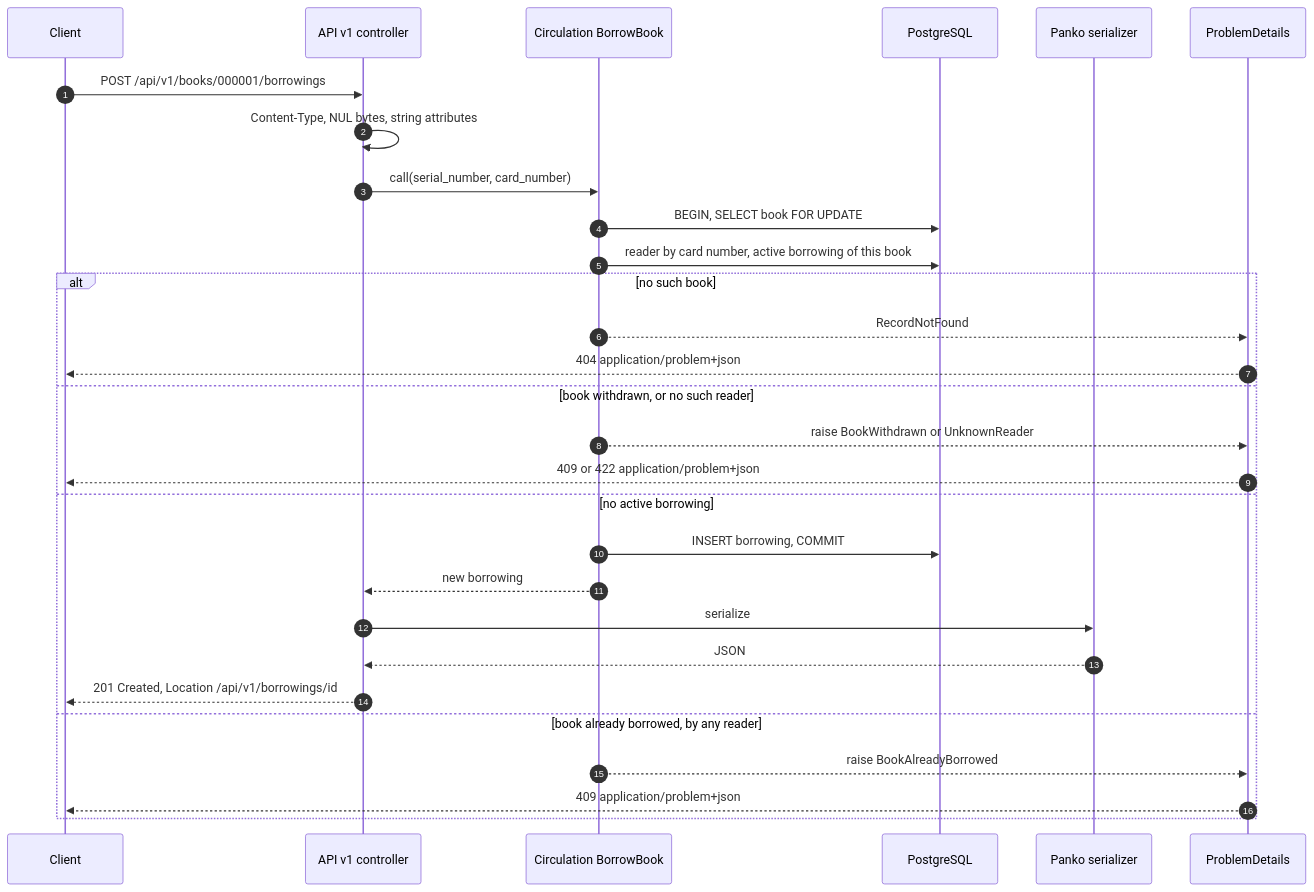
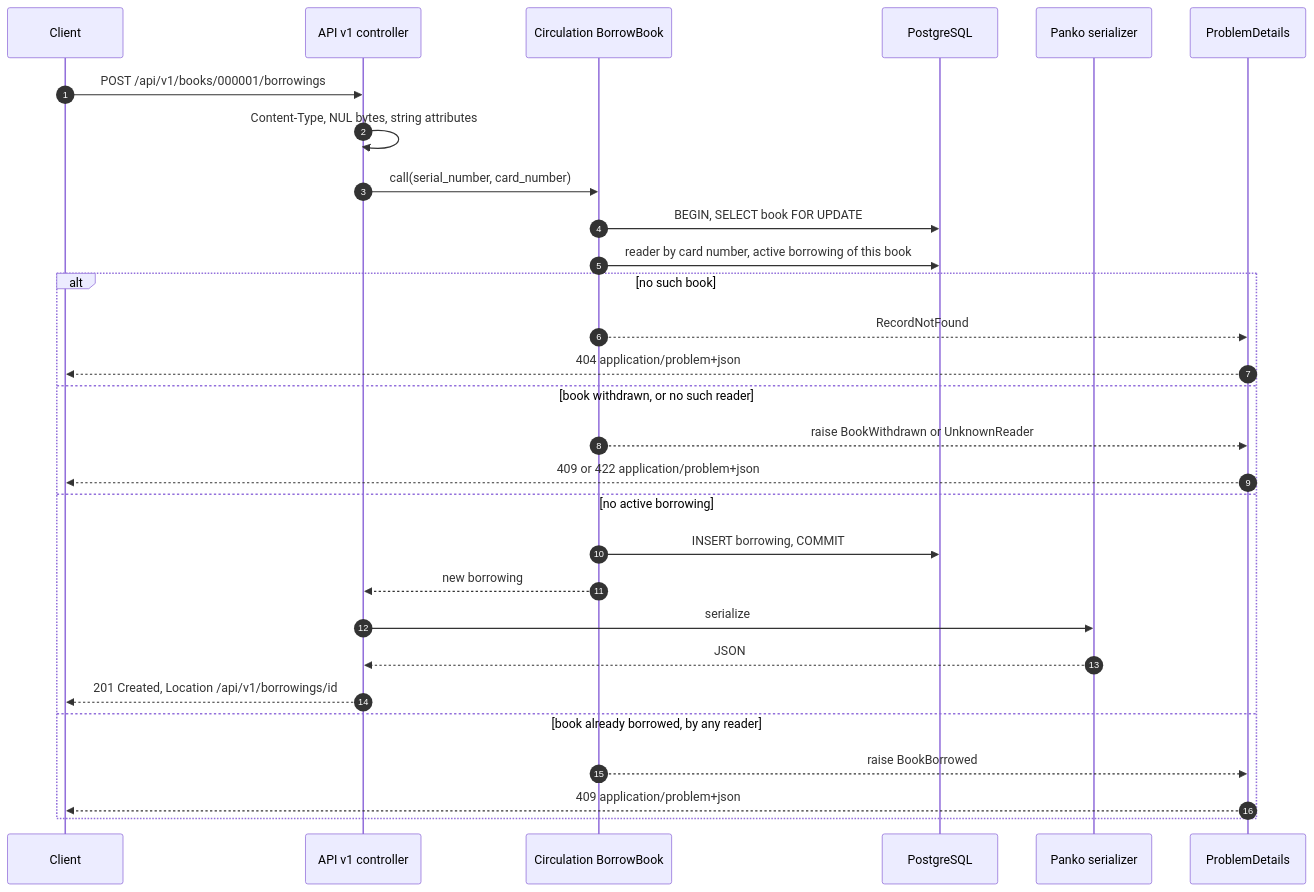
The second of 6 diagrams in docs/diagrams.md (bbronek/bookcase-api), drawn with Mermaid before and after one commit. The commit also changed other lines of this file and 13 other files, not shown here.

Commit message:
refactor(api)!: use one book-borrowed problem type for every borrowed-book conflict

````diff
--- a/docs/diagrams.md
+++ b/docs/diagrams.md
@@ -39,32 +39,32 @@
 ```mermaid
 sequenceDiagram
     autonumber
     participant C as Client
     participant Ctl as API v1 controller
     participant Cmd as Circulation BorrowBook
     participant DB as PostgreSQL
     participant S as Panko serializer
     participant P as ProblemDetails
 
     C->>Ctl: POST /api/v1/books/000001/borrowings
     Ctl->>Ctl: Content-Type, NUL bytes, string attributes
     Ctl->>Cmd: call(serial_number, card_number)
     Cmd->>DB: BEGIN, SELECT book FOR UPDATE
     Cmd->>DB: reader by card number, active borrowing of this book
     alt no such book
         Cmd-->>P: RecordNotFound
         P-->>C: 404 application/problem+json
     else book withdrawn, or no such reader
         Cmd-->>P: raise BookWithdrawn or UnknownReader
         P-->>C: 409 or 422 application/problem+json
     else no active borrowing
         Cmd->>DB: INSERT borrowing, COMMIT
         Cmd-->>Ctl: new borrowing
         Ctl->>S: serialize
         S-->>Ctl: JSON
         Ctl-->>C: 201 Created, Location /api/v1/borrowings/id
     else book already borrowed, by any reader
-        Cmd-->>P: raise BookAlreadyBorrowed
+        Cmd-->>P: raise BookBorrowed
         P-->>C: 409 application/problem+json
     end
 ```
````
